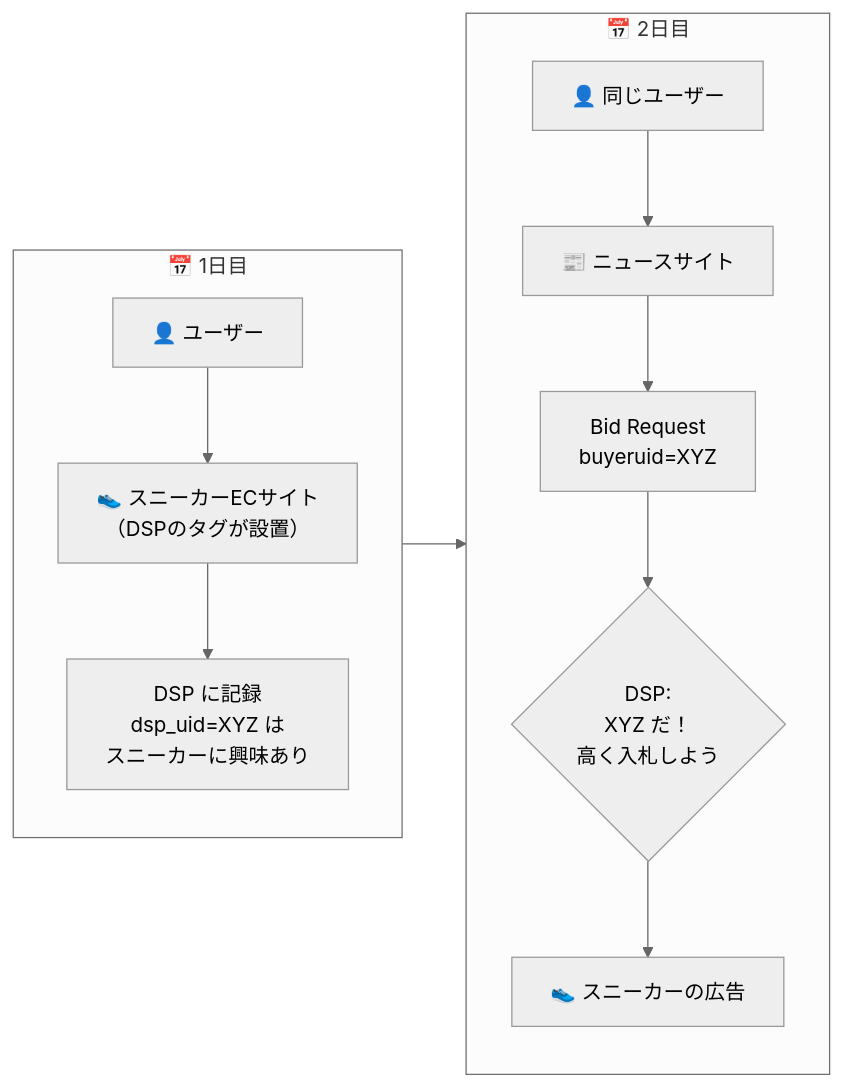
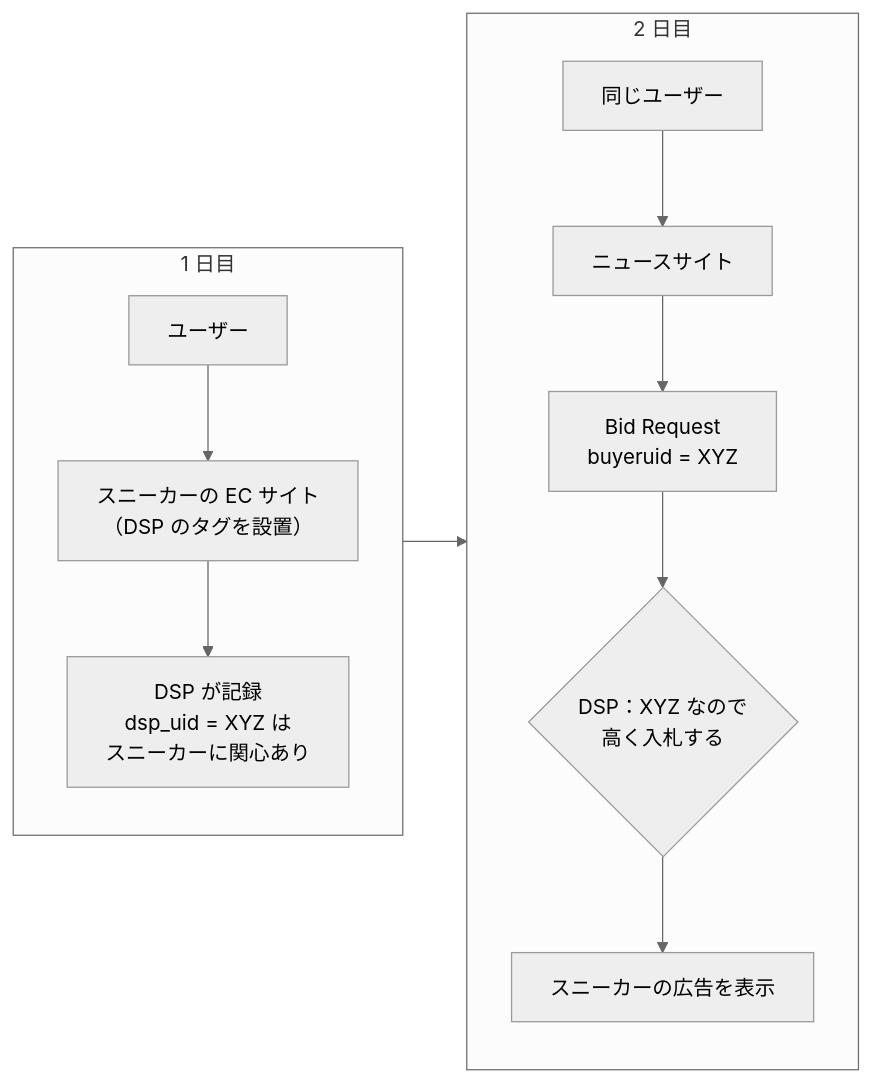
The second of 4 diagrams in docs/07-privacy.md (yasut0ra/rtb-study), drawn with Mermaid (neutral theme) before and after one commit. The commit also changed other lines of this file and 36 other files, not shown here.

````diff
--- a/docs/07-privacy.md
+++ b/docs/07-privacy.md
@@ -39,14 +49,14 @@
 ```mermaid
 flowchart LR
-    subgraph day1["📅 1日目"]
-        U1["👤 ユーザー"] --> EC["👟 スニーカーECサイト<br/>（DSPのタグが設置）"]
-        EC --> T["DSP に記録<br/>dsp_uid=XYZ は<br/>スニーカーに興味あり"]
+    subgraph day1["1 日目"]
+        U1["ユーザー"] --> EC["スニーカーの EC サイト<br/>（DSP のタグを設置）"]
+        EC --> T["DSP が記録<br/>dsp_uid = XYZ は<br/>スニーカーに関心あり"]
     end
-    subgraph day2["📅 2日目"]
-        U2["👤 同じユーザー"] --> NEWS["📰 ニュースサイト"]
-        NEWS --> BR["Bid Request<br/>buyeruid=XYZ"]
-        BR --> DSP{"DSP:<br/>XYZ だ！<br/>高く入札しよう"}
-        DSP --> AD["👟 スニーカーの広告"]
+    subgraph day2["2 日目"]
+        U2["同じユーザー"] --> NEWS["ニュースサイト"]
+        NEWS --> BR["Bid Request<br/>buyeruid = XYZ"]
+        BR --> DSP{"DSP：XYZ なので<br/>高く入札する"}
+        DSP --> AD["スニーカーの広告を表示"]
     end
     day1 --> day2
 ```
````
